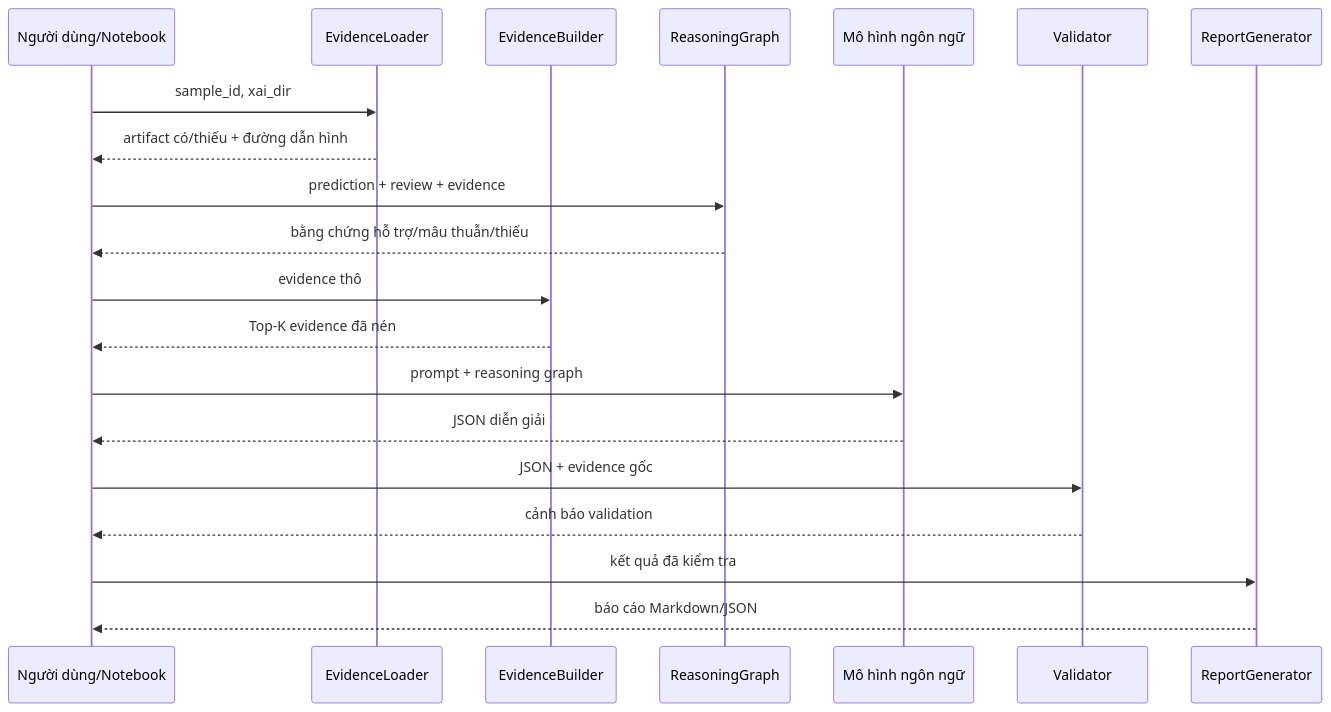
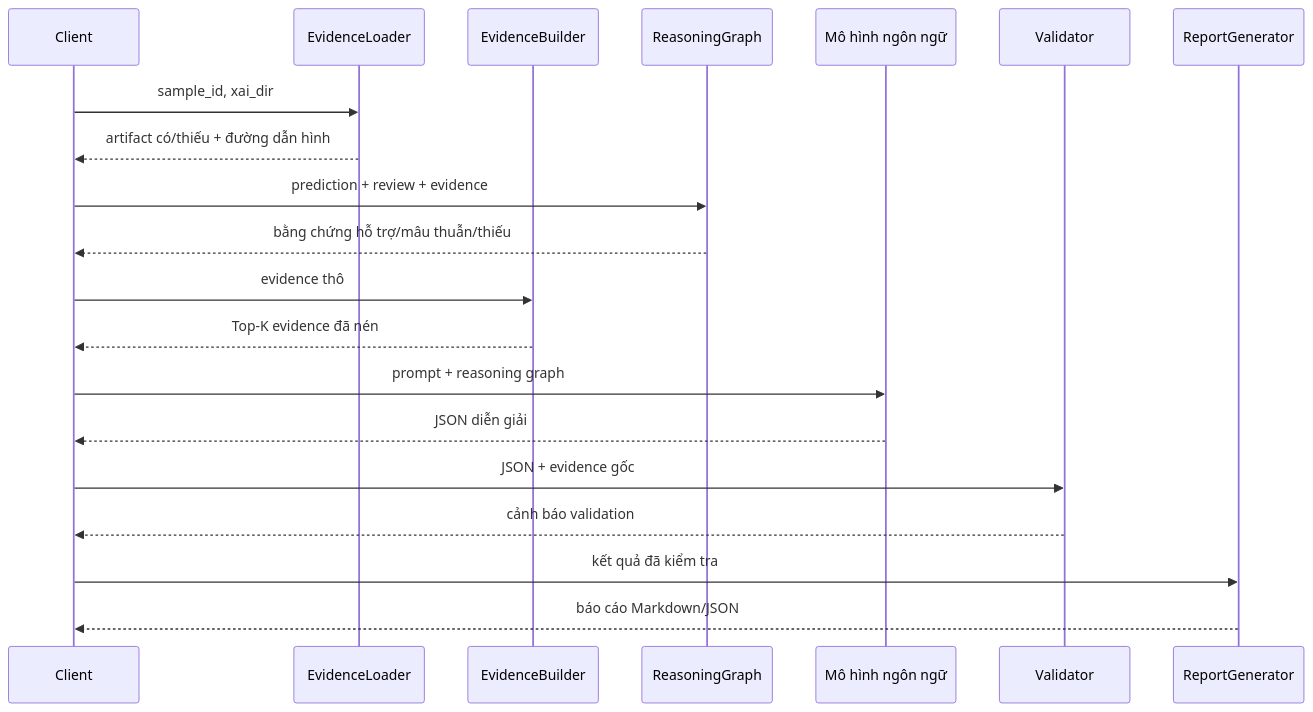
The ninth of 16 diagrams in Nhom24_Progress_Report.md (lechihoang/SE365), drawn with Mermaid before and after one commit. The commit also changed other lines of this file, not shown here.

````diff
--- a/Nhom24_Progress_Report.md
+++ b/Nhom24_Progress_Report.md
@@ -691,23 +1501,23 @@
 ```mermaid
 sequenceDiagram
-    participant U as Người dùng/Notebook
+    participant U as Client
     participant L as EvidenceLoader
     participant B as EvidenceBuilder
     participant R as ReasoningGraph
     participant M as Mô hình ngôn ngữ
     participant V as Validator
     participant G as ReportGenerator
 
     U->>L: sample_id, xai_dir
     L-->>U: artifact có/thiếu + đường dẫn hình
     U->>R: prediction + review + evidence
     R-->>U: bằng chứng hỗ trợ/mâu thuẫn/thiếu
     U->>B: evidence thô
     B-->>U: Top-K evidence đã nén
     U->>M: prompt + reasoning graph
     M-->>U: JSON diễn giải
     U->>V: JSON + evidence gốc
     V-->>U: cảnh báo validation
     U->>G: kết quả đã kiểm tra
     G-->>U: báo cáo Markdown/JSON
 ```
````
